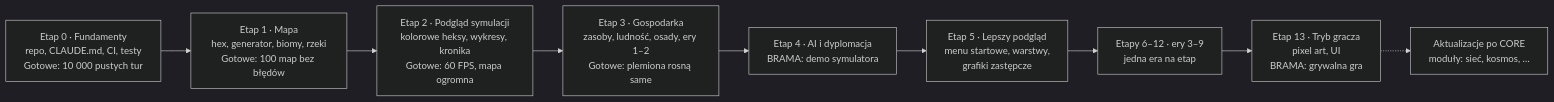
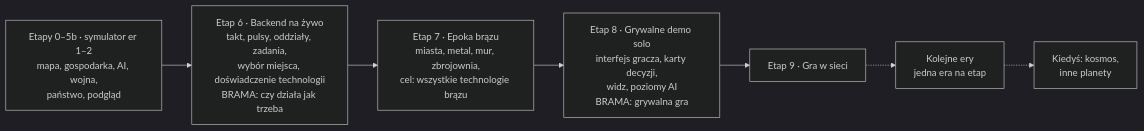
One commit to CoStellar/CivSim2 changed the second of 2 diagrams in docs/GDD.md. Above: the diagram before and after it, drawn with Mermaid (dark theme). The commit also changed other lines of this file and 6 other files, not shown here.

First line of the commit message:
Docs: live game direction (ADR 0024, 0025), new roadmap stages 6-9

````diff
--- a/docs/GDD.md
+++ b/docs/GDD.md
@@ -944,11 +985,9 @@
 ```mermaid
 flowchart LR
-  E0["Etap 0 · Fundamenty<br/>repo, CLAUDE.md, CI, testy<br/>Gotowe: 10 000 pustych tur"] --> E1["Etap 1 · Mapa<br/>hex, generator, biomy, rzeki<br/>Gotowe: 100 map bez błędów"]
-  E1 --> E2["Etap 2 · Podgląd symulacji<br/>kolorowe heksy, wykresy, kronika<br/>Gotowe: 60 FPS, mapa ogromna"]
-  E2 --> E3["Etap 3 · Gospodarka<br/>zasoby, ludność, osady, ery 1–2<br/>Gotowe: plemiona rosną same"]
-  E3 --> E4["Etap 4 · AI i dyplomacja<br/>BRAMA: demo symulatora"]
-  E4 --> E5["Etap 5 · Lepszy podgląd<br/>menu startowe, warstwy,<br/>grafiki zastępcze"]
-  E5 --> E6["Etapy 6–12 · ery 3–9<br/>jedna era na etap"]
-  E6 --> E13["Etap 13 · Tryb gracza<br/>pixel art, UI<br/>BRAMA: grywalna gra"]
-  E13 -.-> U["Aktualizacje po CORE<br/>moduły: sieć, kosmos, …"]
+  E0["Etapy 0–5b · symulator er 1–2<br/>mapa, gospodarka, AI, wojna,<br/>państwo, podgląd"] --> E6["Etap 6 · Backend na żywo<br/>takt, pulsy, oddziały, zadania,<br/>wybór miejsca, doświadczenie technologii<br/>BRAMA: czy działa jak trzeba"]
+  E6 --> E7["Etap 7 · Epoka brązu<br/>miasta, metal, mur, zbrojownia,<br/>cel: wszystkie technologie brązu"]
+  E7 --> E8["Etap 8 · Grywalne demo solo<br/>interfejs gracza, karty decyzji,<br/>widz, poziomy AI<br/>BRAMA: grywalna gra"]
+  E8 --> E9["Etap 9 · Gra w sieci"]
+  E9 -.-> E10["Kolejne ery<br/>jedna era na etap"]
+  E10 -.-> U["Kiedyś: kosmos,<br/>inne planety"]
 ```
````
